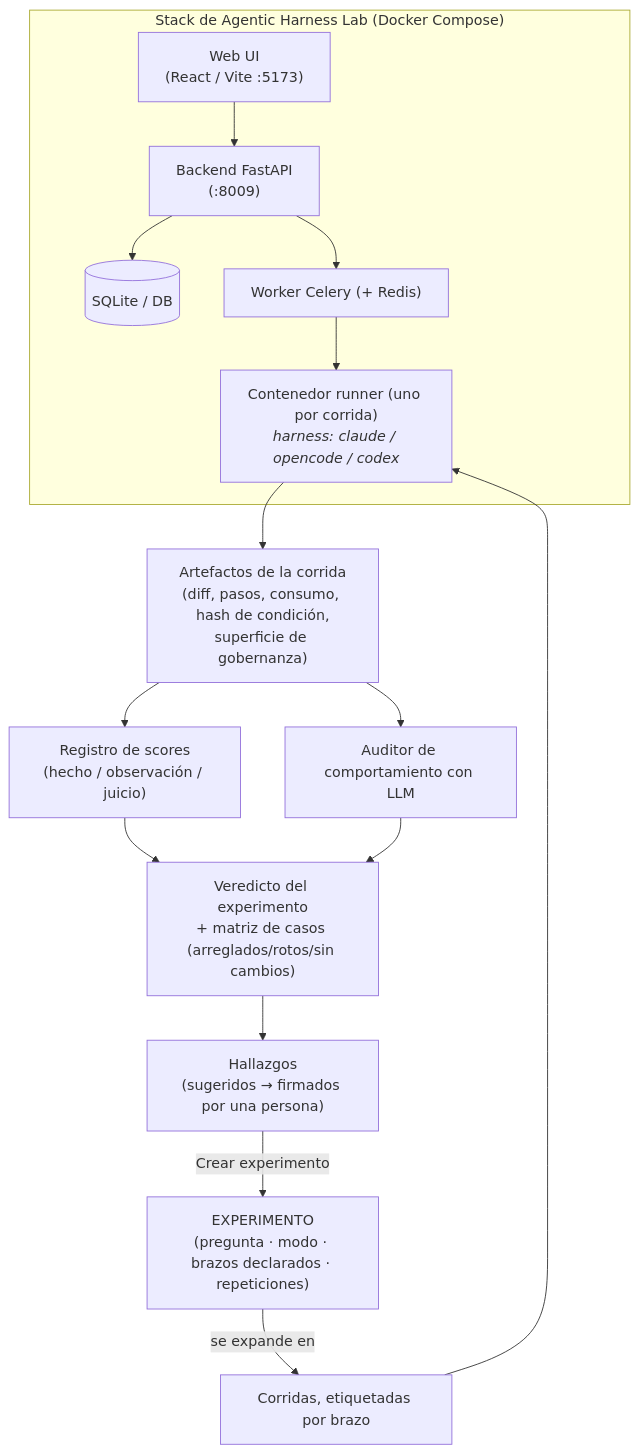
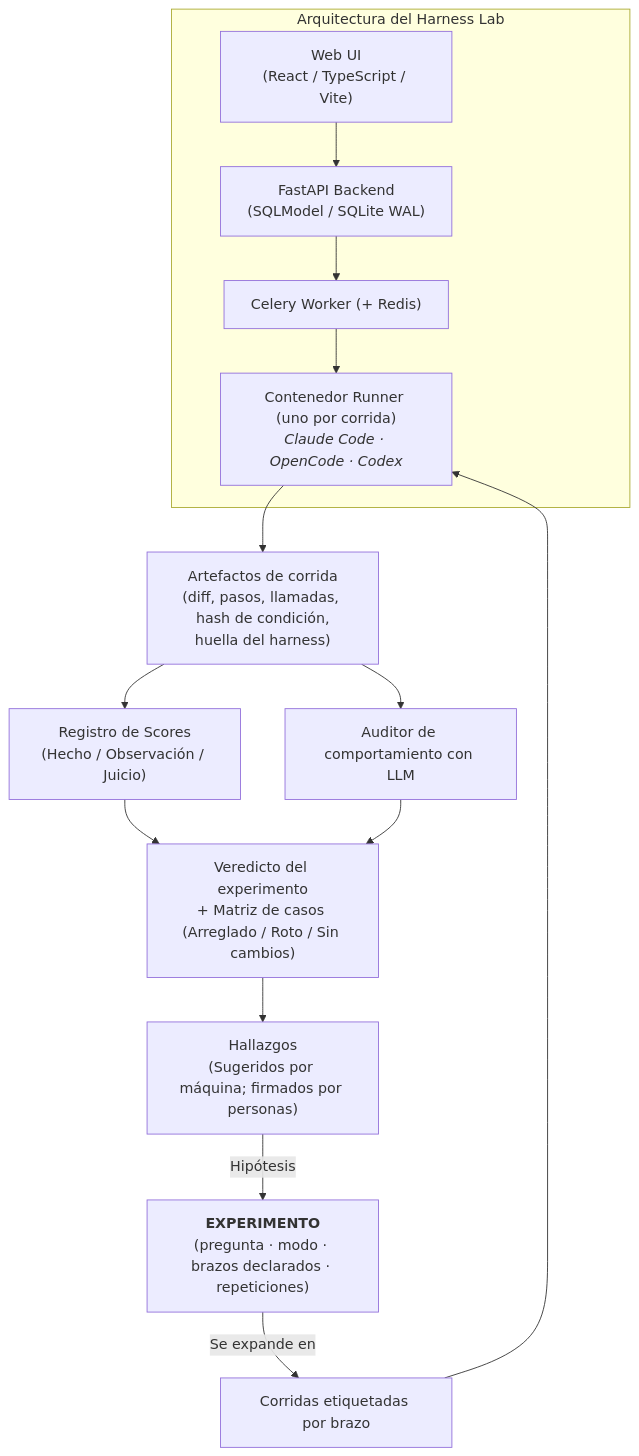
Before and after one commit to marcosdh1987/harness-engineering-guide: the diagram in docs/es/reference-implementation/ai-agentic-harness-lab/index.md, drawn with Mermaid. The commit also changed other lines of this file and 120 other files, not shown here.

````diff
--- a/docs/es/reference-implementation/ai-agentic-harness-lab/index.md
+++ b/docs/es/reference-implementation/ai-agentic-harness-lab/index.md
@@ -13,18 +18,17 @@
 ```mermaid
 flowchart TB
-    subgraph STACK["Stack de Agentic Harness Lab (Docker Compose)"]
-        UI["Web UI<br/>(React / Vite :5173)"] --> API["Backend FastAPI<br/>(:8009)"]
-        API --> DB[(SQLite / DB)]
-        API --> W["Worker Celery (+ Redis)"]
-        W --> RUNNER["Contenedor runner (uno por corrida)<br/><i>harness: claude / opencode / codex</i>"]
+    subgraph STACK["Arquitectura del Harness Lab"]
+        UI["Web UI<br/>(React / TypeScript / Vite)"] --> API["FastAPI Backend<br/>(SQLModel / SQLite WAL)"]
+        API --> W["Celery Worker (+ Redis)"]
+        W --> RUNNER["Contenedor Runner (uno por corrida)<br/><i>Claude Code · OpenCode · Codex</i>"]
     end
 
-    EXP["EXPERIMENTO<br/>(pregunta · modo · brazos declarados · repeticiones)"] -->|"se expande en"| RUNS["Corridas, etiquetadas por brazo"]
+    EXP["<b>EXPERIMENTO</b><br/>(pregunta · modo · brazos declarados · repeticiones)"] -->|"Se expande en"| RUNS["Corridas etiquetadas por brazo"]
     RUNS --> RUNNER
-    RUNNER --> ART["Artefactos de la corrida<br/>(diff, pasos, consumo, hash de condición,<br/>superficie de gobernanza)"]
-    ART --> SCORE["Registro de scores<br/>(hecho / observación / juicio)"]
+    RUNNER --> ART["Artefactos de corrida<br/>(diff, pasos, llamadas, hash de condición,<br/>huella del harness)"]
+    ART --> SCORE["Registro de Scores<br/>(Hecho / Observación / Juicio)"]
     ART --> AUDIT["Auditor de comportamiento con LLM"]
-    SCORE & AUDIT --> VERDICT["Veredicto del experimento<br/>+ matriz de casos (arreglados/rotos/sin cambios)"]
-    VERDICT --> FIND["Hallazgos<br/>(sugeridos → firmados por una persona)"]
-    FIND -->|"Crear experimento"| EXP
+    SCORE & AUDIT --> VERDICT["Veredicto del experimento<br/>+ Matriz de casos (Arreglado / Roto / Sin cambios)"]
+    VERDICT --> FIND["Hallazgos<br/>(Sugeridos por máquina; firmados por personas)"]
+    FIND -->|"Hipótesis"| EXP
 ```
````
